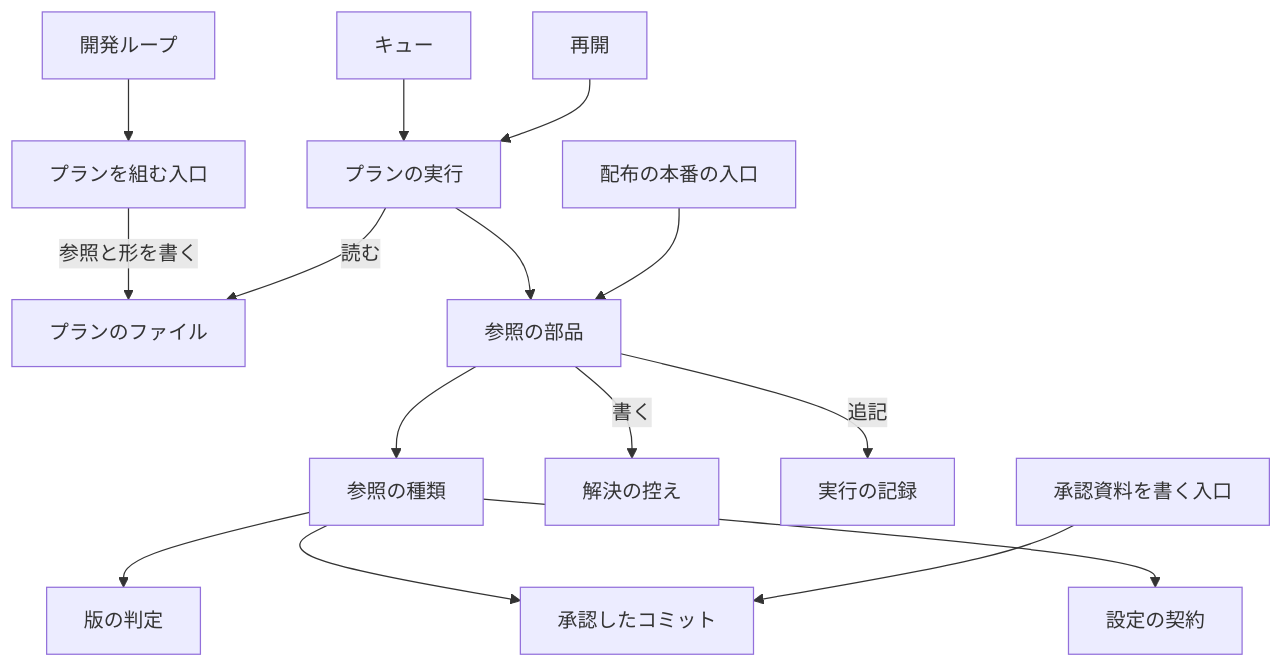
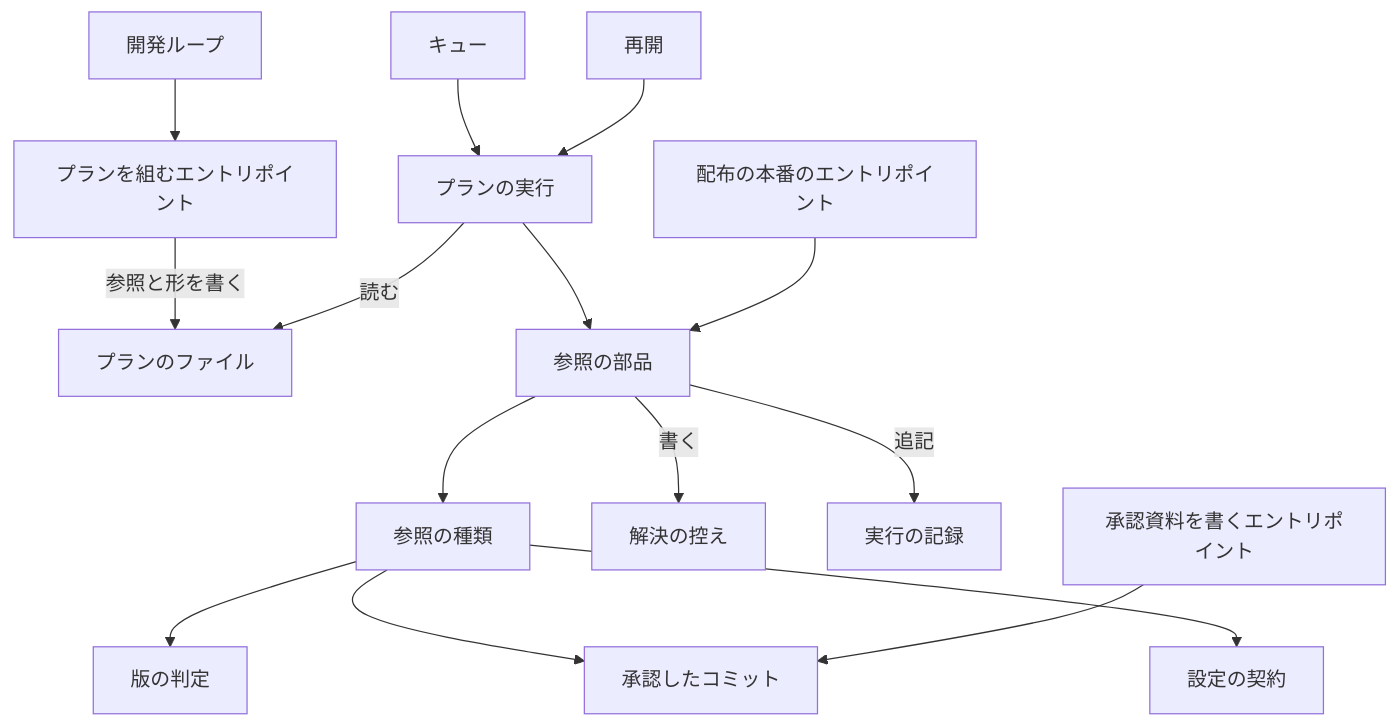
The first of 5 diagrams in issues/issue-2344-design.md (devbasex/ai-plugins), drawn with Mermaid before and after one commit. The commit also changed other lines of this file and 1 other file, not shown here.

````diff
--- a/issues/issue-2344-design.md
+++ b/issues/issue-2344-design.md
@@ -131,17 +131,17 @@
 ```mermaid
 graph TD
-    NEW[プランを組む入口] -->|参照と形を書く| PL[プランのファイル]
+    NEW[プランを組むエントリポイント] -->|参照と形を書く| PL[プランのファイル]
     LOOP[開発ループ] --> NEW
     Q[キュー] --> EN[プランの実行]
     RS[再開] --> EN
     EN -->|読む| PL
     EN --> RF[参照の部品]
     RF --> RK[参照の種類]
     RK --> RV[版の判定]
     RK --> AC[承認したコミット]
     RK --> SC[設定の契約]
     RF -->|書く| ST[解決の控え]
     RF -->|追記| LG[実行の記録]
-    AF[承認資料を書く入口] --> AC
-    PROD[配布の本番の入口] --> RF
+    AF[承認資料を書くエントリポイント] --> AC
+    PROD[配布の本番のエントリポイント] --> RF
 ```
````
